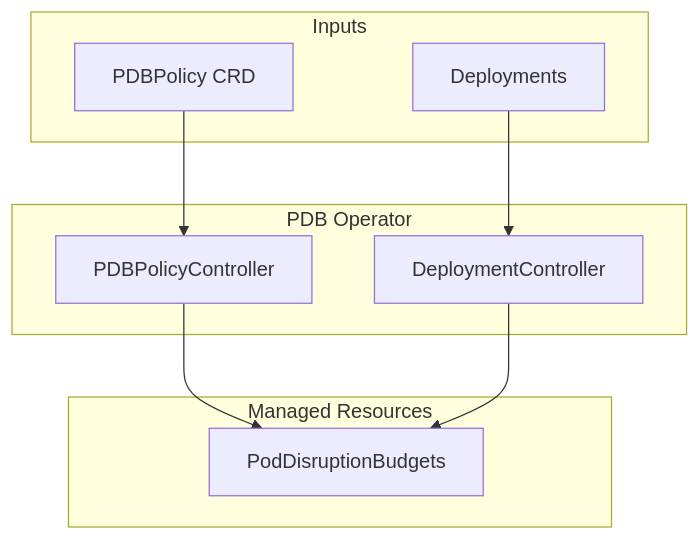
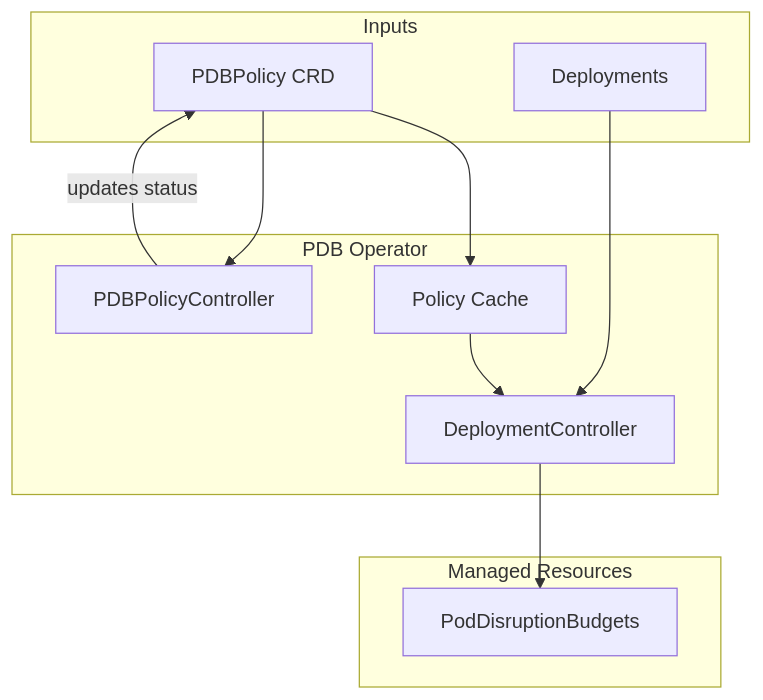
Before and after one commit to pdb-operator/pdboperator.io: the diagram in docs/core-concepts/architecture.md, drawn with Mermaid. The commit also changed other lines of this file and 15 other files, not shown here.

````diff
--- a/docs/core-concepts/architecture.md
+++ b/docs/core-concepts/architecture.md
@@ -10,21 +10,24 @@
 ```mermaid
 graph TD
     subgraph inputs ["Inputs"]
         A["PDBPolicy CRD"]
         C["Deployments"]
     end
 
     subgraph operator ["PDB Operator"]
         B["PDBPolicyController"]
         D["DeploymentController"]
+        Cache["Policy Cache"]
     end
 
     subgraph outputs ["Managed Resources"]
         E["PodDisruptionBudgets"]
     end
 
     A --> B
+    B -->|updates status| A
+    A --> Cache
     C --> D
-    B --> E
+    Cache --> D
     D --> E
 ```
````
